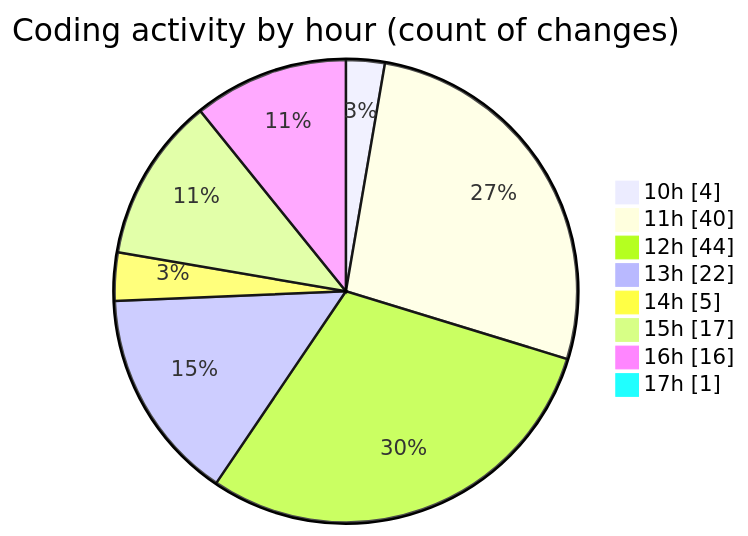
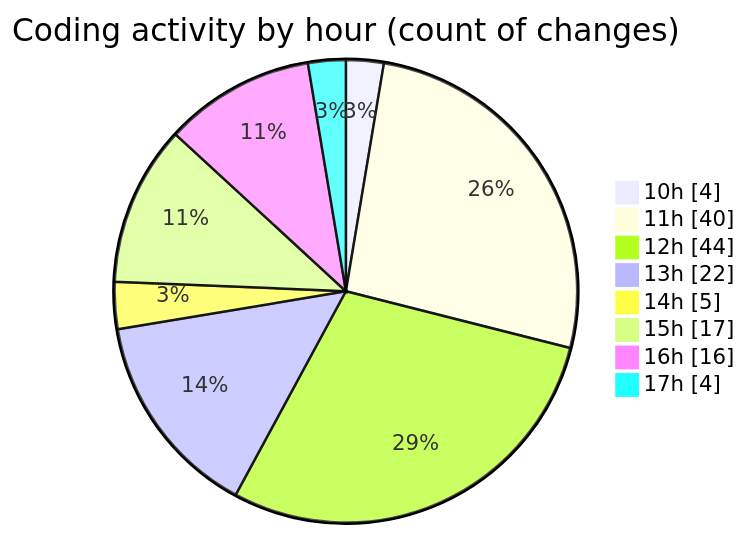
Before and after one commit to nxtqubesakshisongat/code-tracking: the second of 2 diagrams in 2025-07-28/nxtqube_webapp/README.md, drawn with Mermaid. The commit also changed other lines of this file and 1 other file, not shown here.

````diff
--- a/2025-07-28/nxtqube_webapp/README.md
+++ b/2025-07-28/nxtqube_webapp/README.md
@@ -56,12 +56,12 @@
 ```mermaid
 pie showData
 title Coding activity by hour (count of changes)
 "10h" : 4
 "11h" : 40
 "12h" : 44
 "13h" : 22
 "14h" : 5
 "15h" : 17
 "16h" : 16
-"17h" : 1
+"17h" : 4
 ```
````
